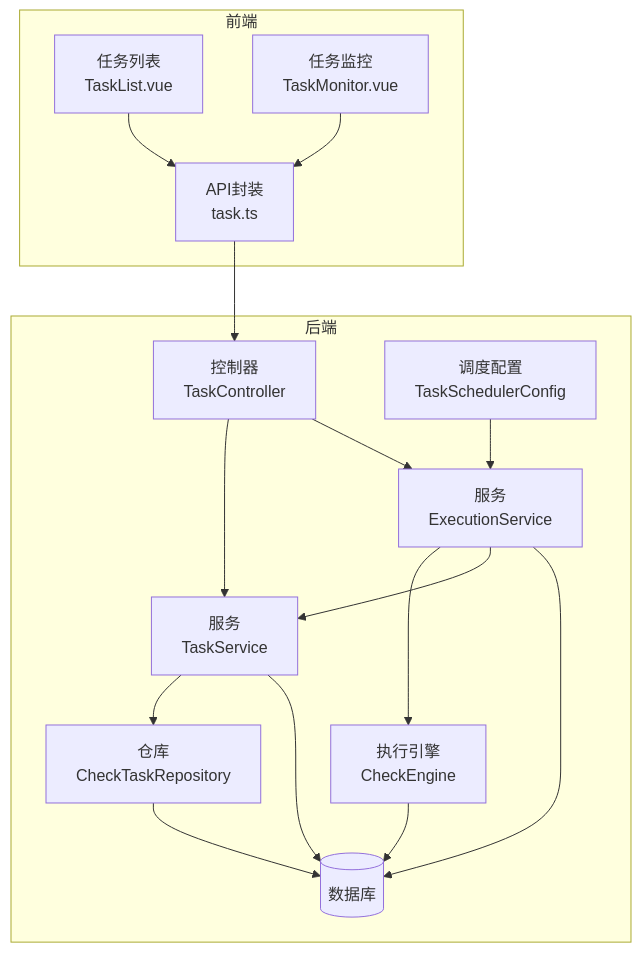
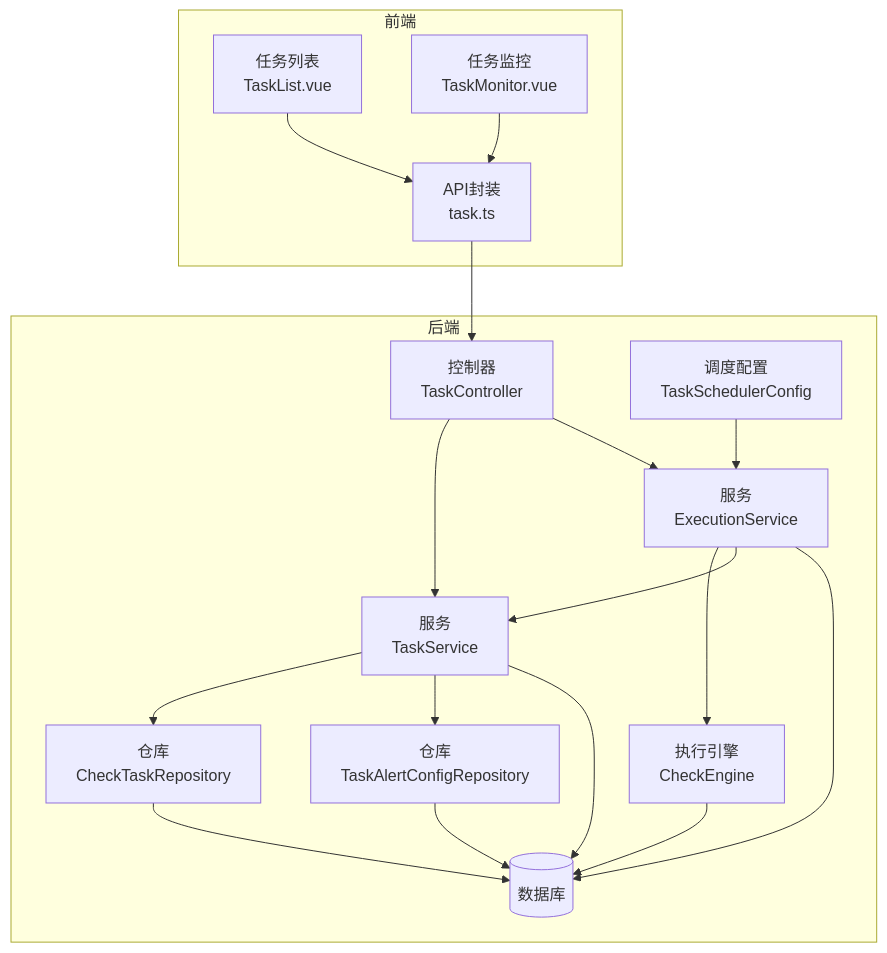
Before and after one commit to zzjxmy/mysql-risk-filed-check: the first of 11 diagrams in .qoder/repowiki/zh/content/核心功能模块/任务管理系统.md, drawn with Mermaid. The commit also changed other lines of this file and 6 other files, not shown here.

````diff
--- a/.qoder/repowiki/zh/content/核心功能模块/任务管理系统.md
+++ b/.qoder/repowiki/zh/content/核心功能模块/任务管理系统.md
@@ -42,30 +53,33 @@
 ```mermaid
 graph TB
 subgraph "前端"
 FE_API["API封装<br/>task.ts"]
 FE_List["任务列表<br/>TaskList.vue"]
 FE_Monitor["任务监控<br/>TaskMonitor.vue"]
 end
 subgraph "后端"
 C_Task["控制器<br/>TaskController"]
 S_Task["服务<br/>TaskService"]
 S_Exec["服务<br/>ExecutionService"]
 E_Engine["执行引擎<br/>CheckEngine"]
 R_TaskRepo["仓库<br/>CheckTaskRepository"]
+R_TaskAlert["仓库<br/>TaskAlertConfigRepository"]
 S_Sched["调度配置<br/>TaskSchedulerConfig"]
 DB[("数据库")]
 end
 FE_API --> C_Task
 FE_List --> FE_API
 FE_Monitor --> FE_API
 C_Task --> S_Task
 C_Task --> S_Exec
 S_Task --> R_TaskRepo
+S_Task --> R_TaskAlert
 S_Exec --> E_Engine
 S_Exec --> S_Task
 S_Sched --> S_Exec
 E_Engine --> DB
 S_Task --> DB
 S_Exec --> DB
 R_TaskRepo --> DB
+R_TaskAlert --> DB
 ```
````
